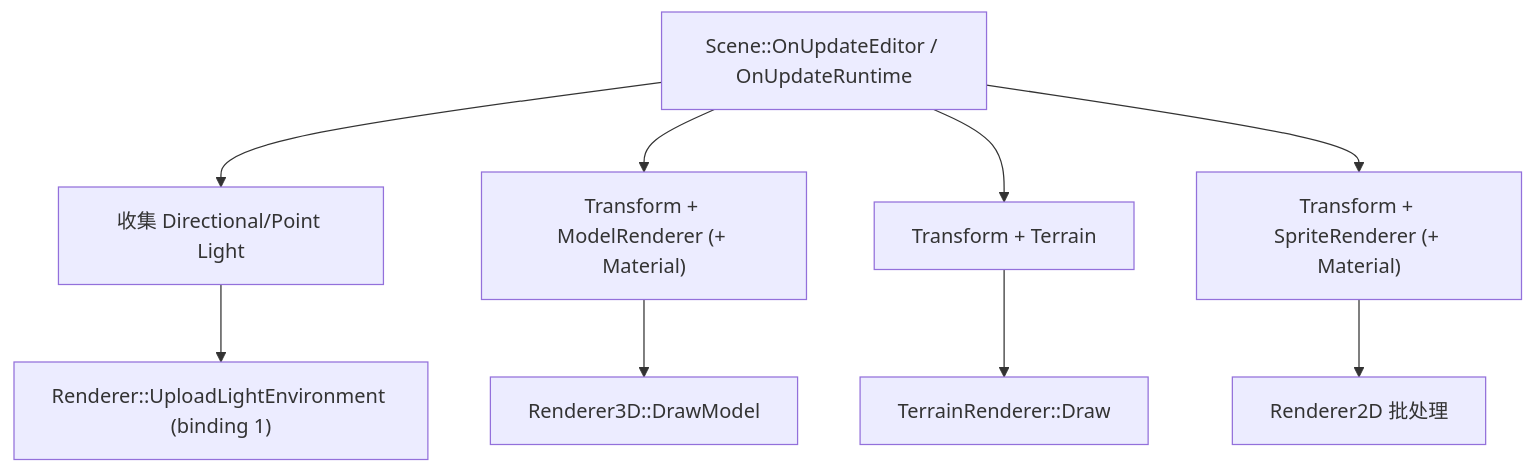
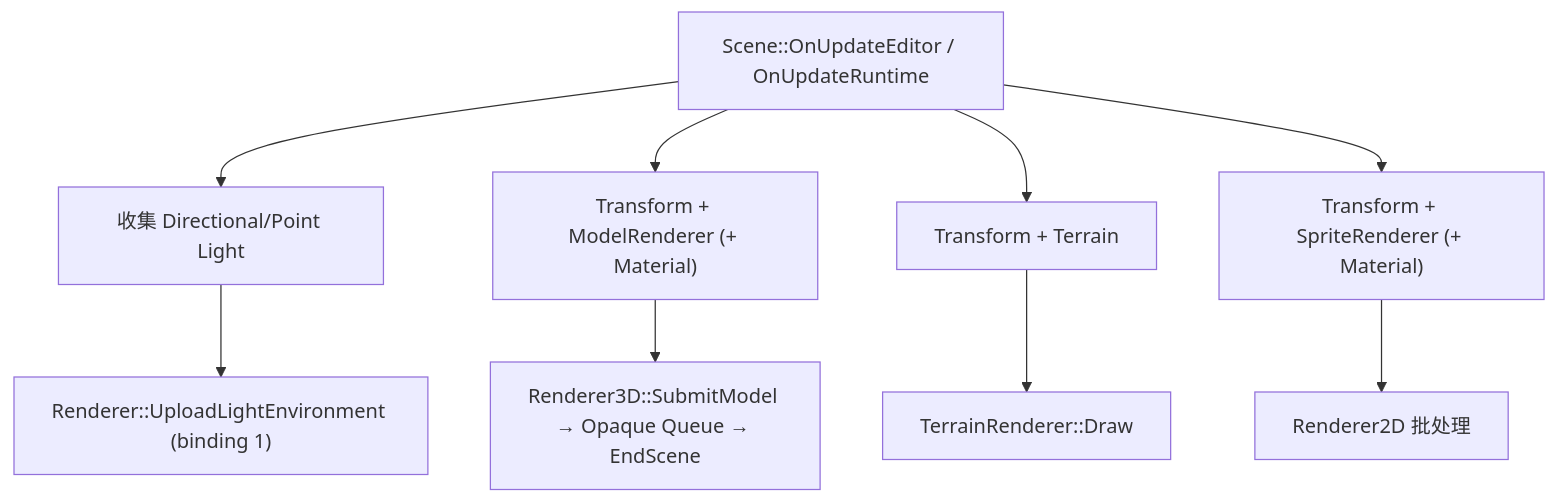
Before and after one commit to Ch1aki7/Glimmer: the third of 7 diagrams in ARCHITECTURE.md, drawn with Mermaid. The commit also changed other lines of this file and 8 other files, not shown here.

````diff
--- a/ARCHITECTURE.md
+++ b/ARCHITECTURE.md
@@ -137,11 +137,11 @@
 ```mermaid
 flowchart TD
     Scene["Scene::OnUpdateEditor / OnUpdateRuntime"] --> Lights["收集 Directional/Point Light"]
     Lights --> UBO["Renderer::UploadLightEnvironment (binding 1)"]
     Scene --> Models["Transform + ModelRenderer (+ Material)"]
     Scene --> Terrain["Transform + Terrain"]
     Scene --> Sprites["Transform + SpriteRenderer (+ Material)"]
-    Models --> R3D["Renderer3D::DrawModel"]
+    Models --> R3D["Renderer3D::SubmitModel → Opaque Queue → EndScene"]
     Terrain --> TR["TerrainRenderer::Draw"]
     Sprites --> R2D["Renderer2D 批处理"]
 ```
````
